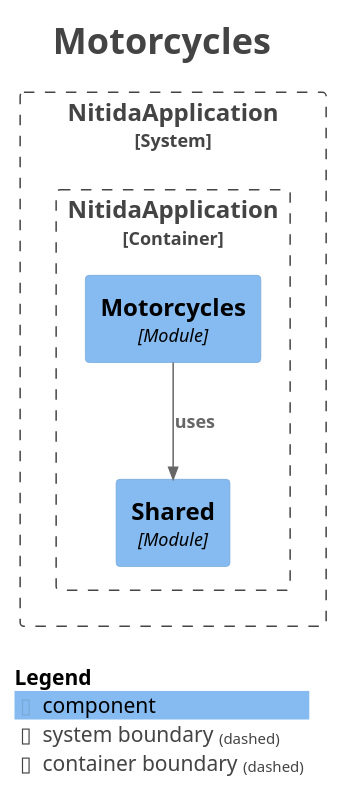
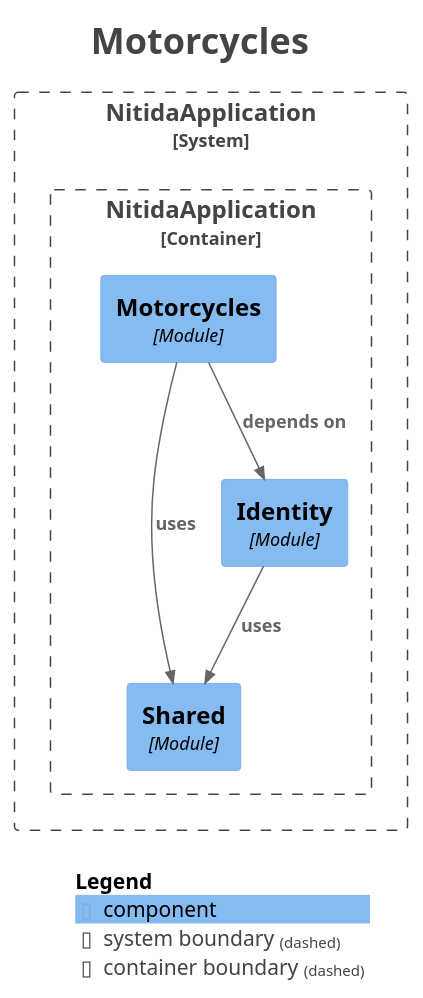
Before and after one commit to Nicolas-12000/Nitida: the diagram in docs/modulos/module-motorcycles.puml, drawn with PlantUML. The commit also changed 6 other files, not shown here.

Commit message:
docs: regenerate module diagrams

```diff
--- a/docs/modulos/module-motorcycles.puml
+++ b/docs/modulos/module-motorcycles.puml
@@ -1,30 +1,33 @@
 @startuml
 title <size:24>Motorcycles</size>
 
 set separator none
 top to bottom direction
 
 <style>
   root {
     BackgroundColor: #ffffff
     FontColor: #444444
   }
 </style>
 
 !include <C4/C4>
 !include <C4/C4_Context>
 !include <C4/C4_Component>
 
 System_Boundary("NitidaApplication_boundary", "NitidaApplication", $tags="") {
   Container_Boundary("NitidaApplication.NitidaApplication_boundary", "NitidaApplication", $tags="") {
     Component(NitidaApplication.NitidaApplication.Shared, "Shared", $techn="Module", $descr="", $tags="", $link="")
+    Component(NitidaApplication.NitidaApplication.Identity, "Identity", $techn="Module", $descr="", $tags="", $link="")
     Component(NitidaApplication.NitidaApplication.Motorcycles, "Motorcycles", $techn="Module", $descr="", $tags="", $link="")
   }
 
 }
 
+Rel(NitidaApplication.NitidaApplication.Identity, NitidaApplication.NitidaApplication.Shared, "uses", $techn="", $tags="", $link="")
+Rel(NitidaApplication.NitidaApplication.Motorcycles, NitidaApplication.NitidaApplication.Identity, "depends on", $techn="", $tags="", $link="")
 Rel(NitidaApplication.NitidaApplication.Motorcycles, NitidaApplication.NitidaApplication.Shared, "uses", $techn="", $tags="", $link="")
 
 SHOW_LEGEND(true)
 hide stereotypes
 @enduml
```
